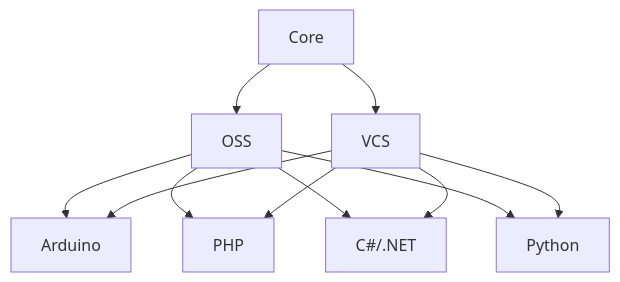
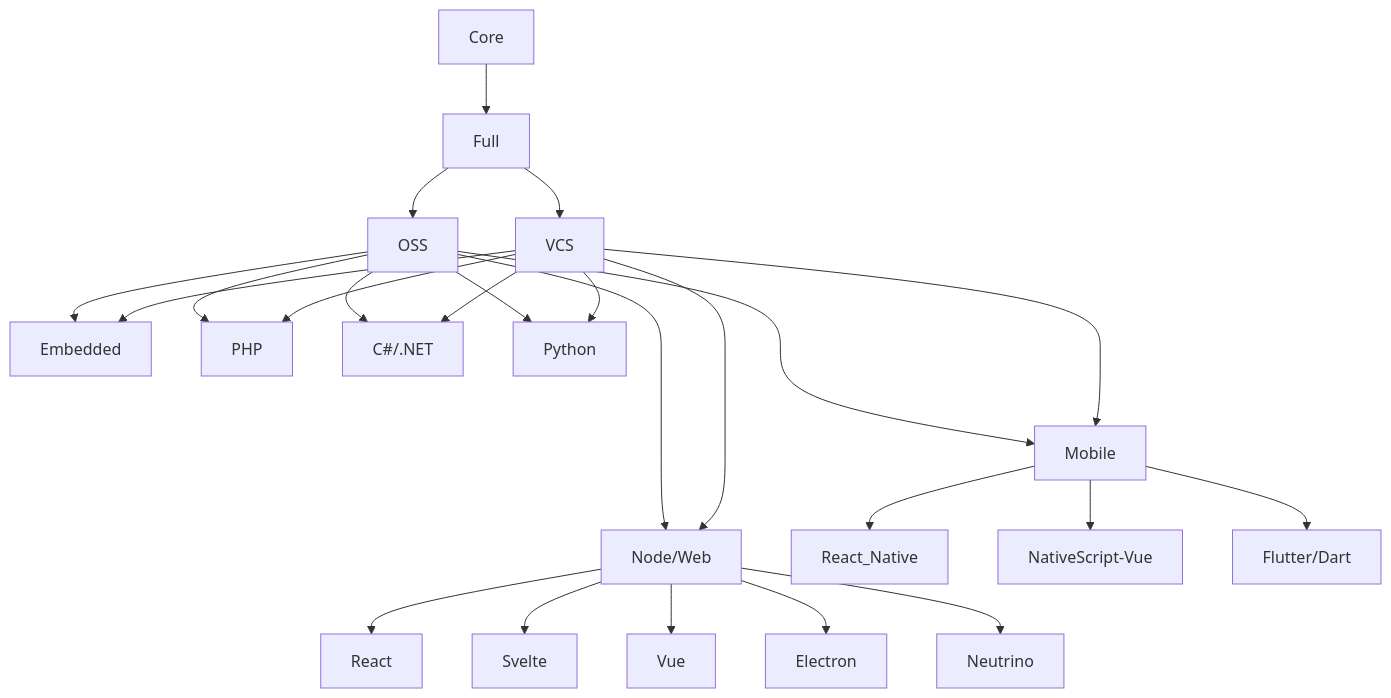
The diagram in config/editor/README.md (BinaryBen/dotfiles), drawn with Mermaid before and after one commit.

Commit message:
📝 Expanded possible profiles

````diff
--- a/config/editor/README.md
+++ b/config/editor/README.md
@@ -27,13 +27,26 @@
 ```mermaid
 graph TD
-  Core-->OSS
-  Core-->VCS
-  OSS-->Arduino
+  Core-->Full
+  Full-->OSS
+  Full-->VCS
+  OSS-->Embedded
+  OSS--->Mobile
   OSS-->PHP
   OSS-->C#/.NET
   OSS-->Python
-  VCS-->Arduino
+  OSS---->Node/Web
+  VCS-->Embedded
+  VCS--->Mobile
   VCS-->PHP
   VCS-->C#/.NET
   VCS-->Python
+  VCS--->Node/Web
+  Node/Web-->React
+  Node/Web-->Svelte
+  Node/Web-->Vue
+  Node/Web-->Electron
+  Node/Web-->Neutrino
+  Mobile-->React_Native
+  Mobile-->NativeScript-Vue
+  Mobile-->Flutter/Dart
 ```
````
